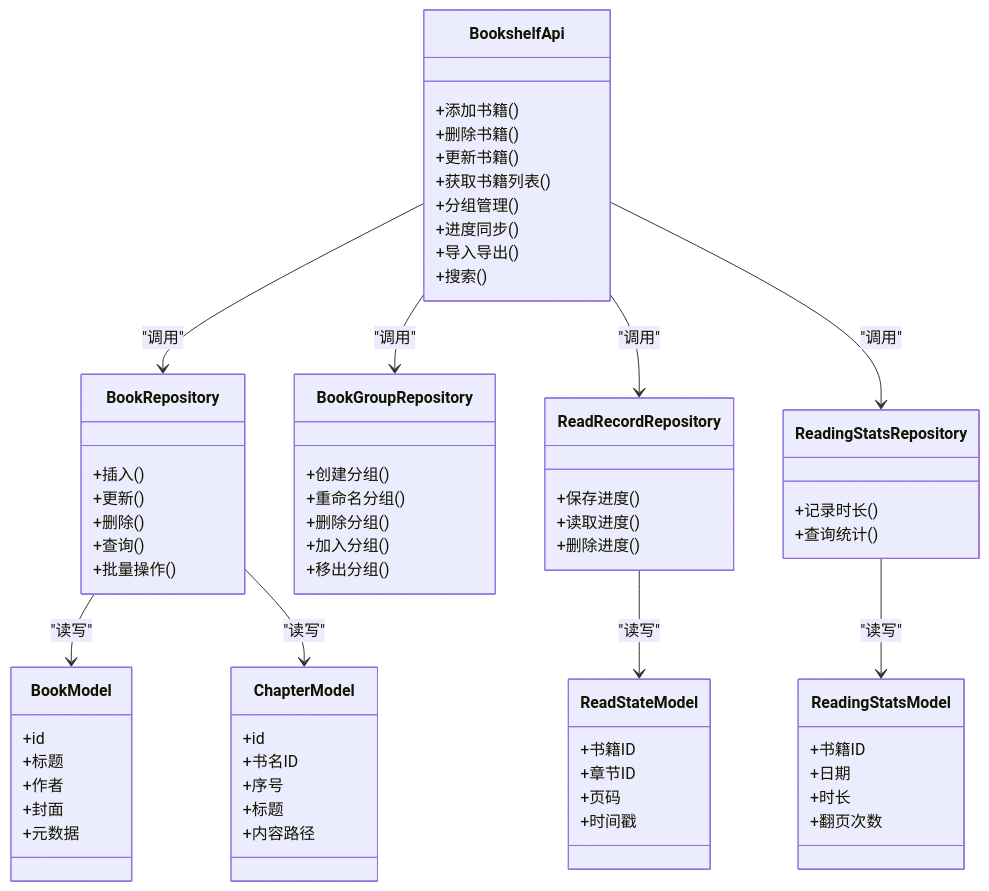
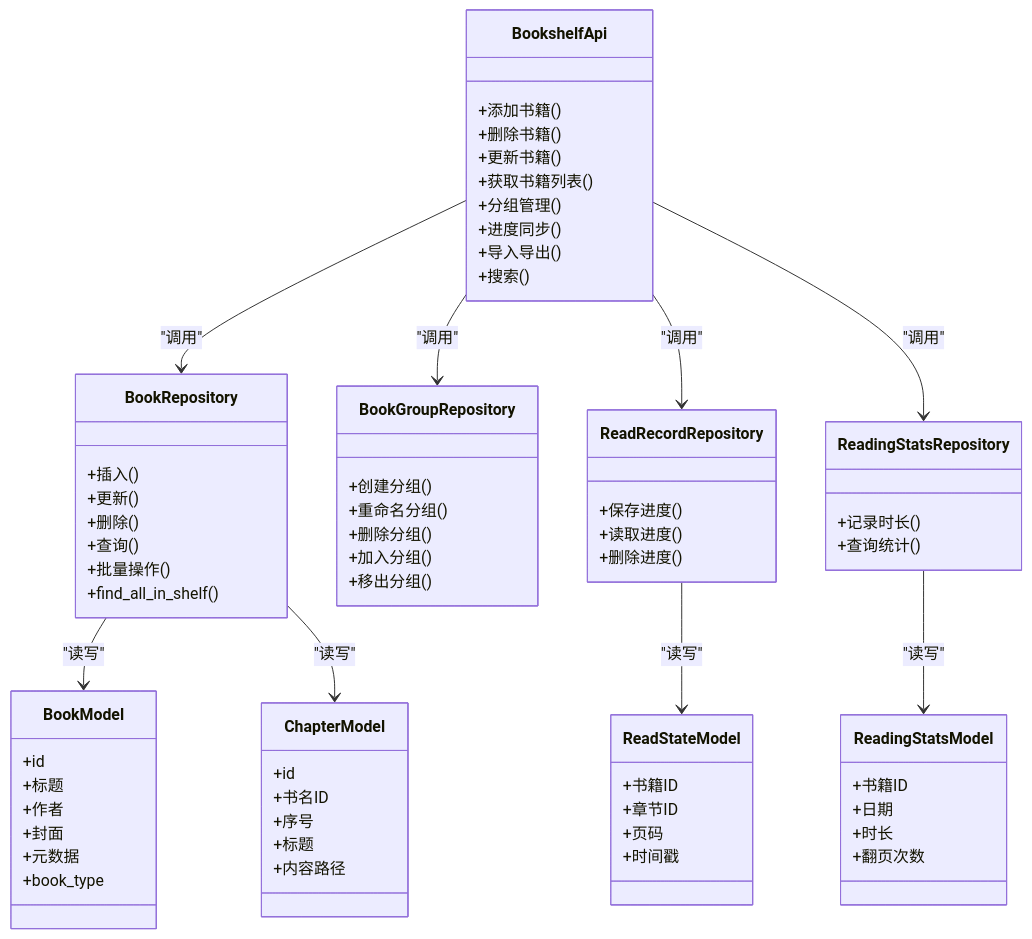
Before and after one commit to ZhangGHGitHub/LegadoTeamFlutter: the second of 8 diagrams in .qoder/repowiki/zh/content/Flutter跨平台应用/状态管理/书架Provider/书架Provider.md, drawn with Mermaid. The commit also changed other lines of this file and 173 other files, not shown here.

````diff
--- a/.qoder/repowiki/zh/content/Flutter跨平台应用/状态管理/书架Provider/书架Provider.md
+++ b/.qoder/repowiki/zh/content/Flutter跨平台应用/状态管理/书架Provider/书架Provider.md
@@ -135,70 +154,72 @@
 ```mermaid
 classDiagram
 class BookshelfApi {
 +添加书籍()
 +删除书籍()
 +更新书籍()
 +获取书籍列表()
 +分组管理()
 +进度同步()
 +导入导出()
 +搜索()
 }
 class BookRepository {
 +插入()
 +更新()
 +删除()
 +查询()
 +批量操作()
++find_all_in_shelf()
 }
 class BookGroupRepository {
 +创建分组()
 +重命名分组()
 +删除分组()
 +加入分组()
 +移出分组()
 }
 class ReadRecordRepository {
 +保存进度()
 +读取进度()
 +删除进度()
 }
 class ReadingStatsRepository {
 +记录时长()
 +查询统计()
 }
 class BookModel {
 +id
 +标题
 +作者
 +封面
 +元数据
++book_type
 }
 class ChapterModel {
 +id
 +书名ID
 +序号
 +标题
 +内容路径
 }
 class ReadStateModel {
 +书籍ID
 +章节ID
 +页码
 +时间戳
 }
 class ReadingStatsModel {
 +书籍ID
 +日期
 +时长
 +翻页次数
 }
 BookshelfApi --> BookRepository : "调用"
 BookshelfApi --> BookGroupRepository : "调用"
 BookshelfApi --> ReadRecordRepository : "调用"
 BookshelfApi --> ReadingStatsRepository : "调用"
 BookRepository --> BookModel : "读写"
 BookRepository --> ChapterModel : "读写"
 ReadRecordRepository --> ReadStateModel : "读写"
 ReadingStatsRepository --> ReadingStatsModel : "读写"
 ```
````
